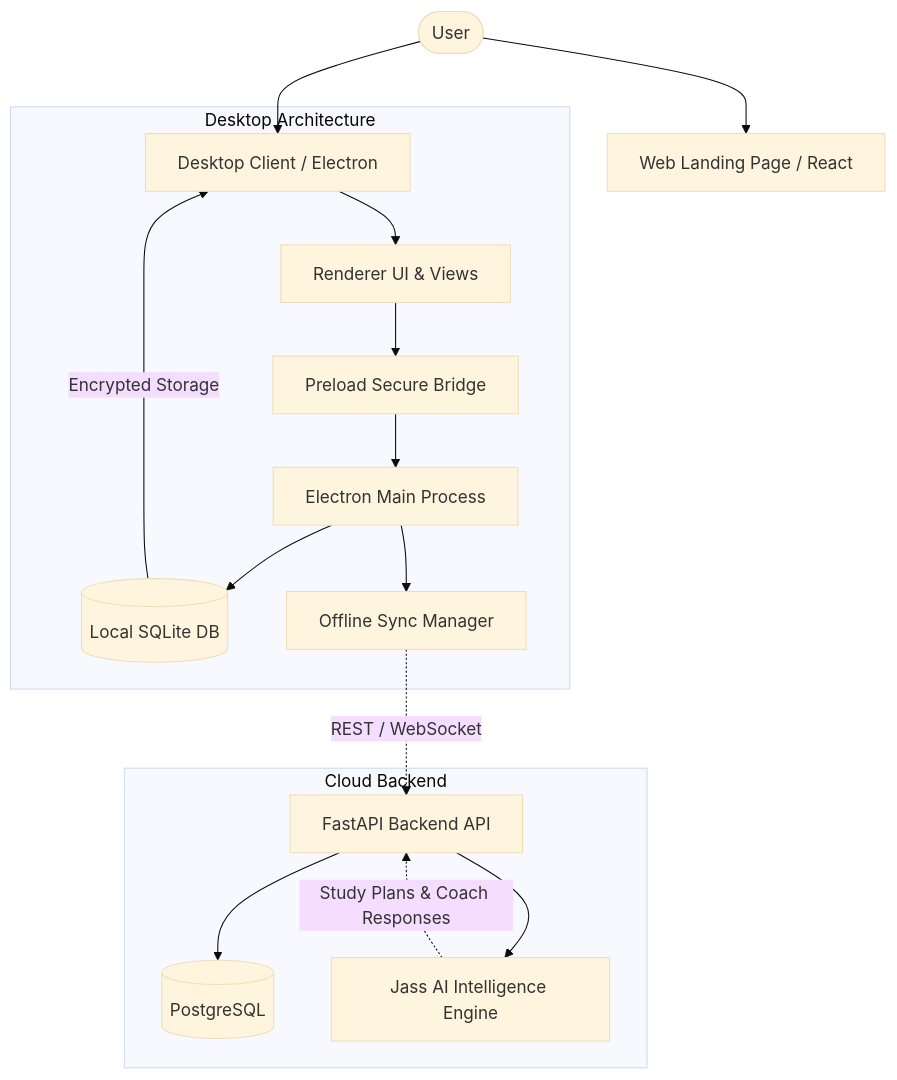
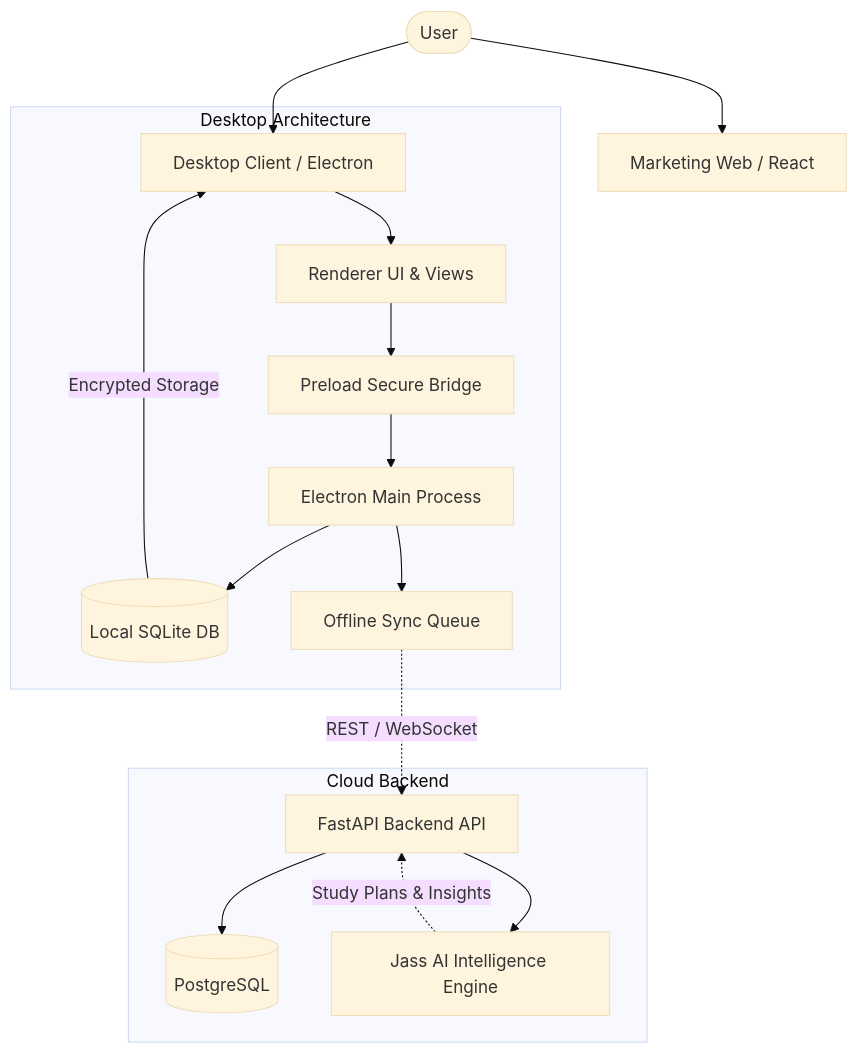
The diagram in README.md (syeedarshad/studyflow-ai), drawn with Mermaid (base theme) before and after one commit. The commit also changed other lines of this file and 1 other file, not shown here.

````diff
--- a/README.md
+++ b/README.md
@@ -134,22 +152,22 @@
 ```mermaid
 graph TD
     User([User]) --> DesktopClient[Desktop Client / Electron]
-    User --> WebLanding[Web Landing Page / React]
+    User --> WebLanding[Marketing Web / React]
 
     subgraph Desktop Architecture
         DesktopClient --> RendererUI[Renderer UI & Views]
         RendererUI --> PreloadBridge[Preload Secure Bridge]
         PreloadBridge --> MainProcess[Electron Main Process]
         MainProcess --> LocalDB[(Local SQLite DB)]
-        MainProcess --> SyncQueue[Offline Sync Manager]
+        MainProcess --> SyncQueue[Offline Sync Queue]
     end
 
     subgraph Cloud Backend
         SyncQueue -.->|REST / WebSocket| BackendAPI[FastAPI Backend API]
         BackendAPI --> CloudDB[(PostgreSQL)]
         BackendAPI --> JassAIEngine[Jass AI Intelligence Engine]
     end
 
     LocalDB -->|Encrypted Storage| DesktopClient
-    JassAIEngine -.->|Study Plans & Coach Responses| BackendAPI
+    JassAIEngine -.->|Study Plans & Insights| BackendAPI
 ```
````
